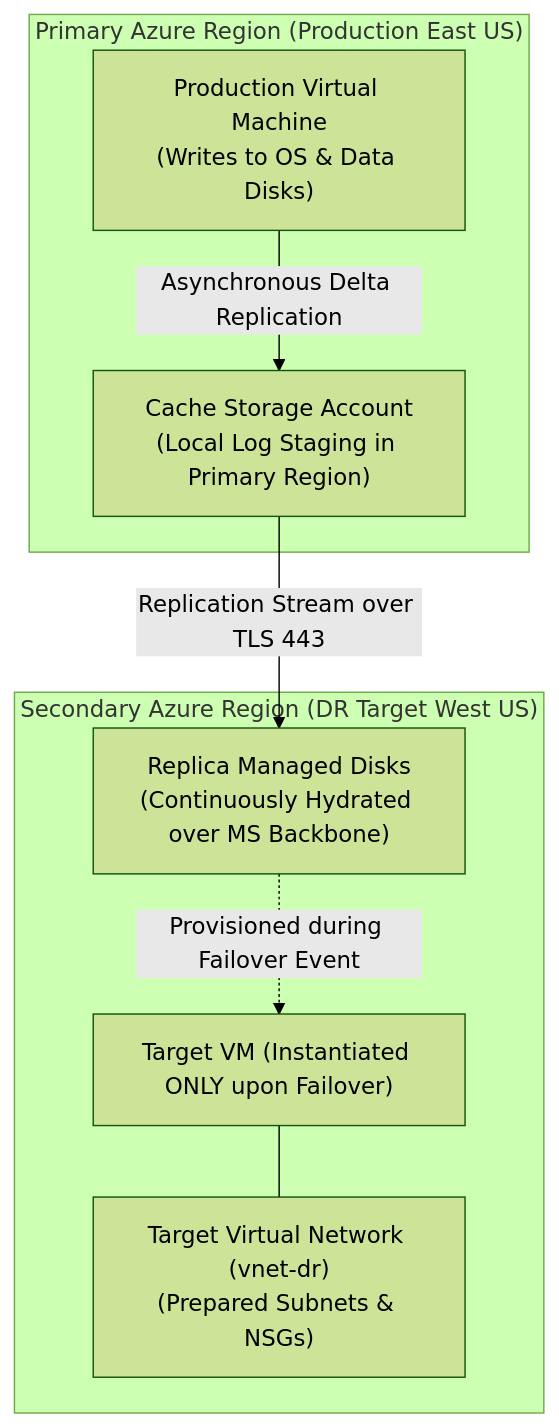
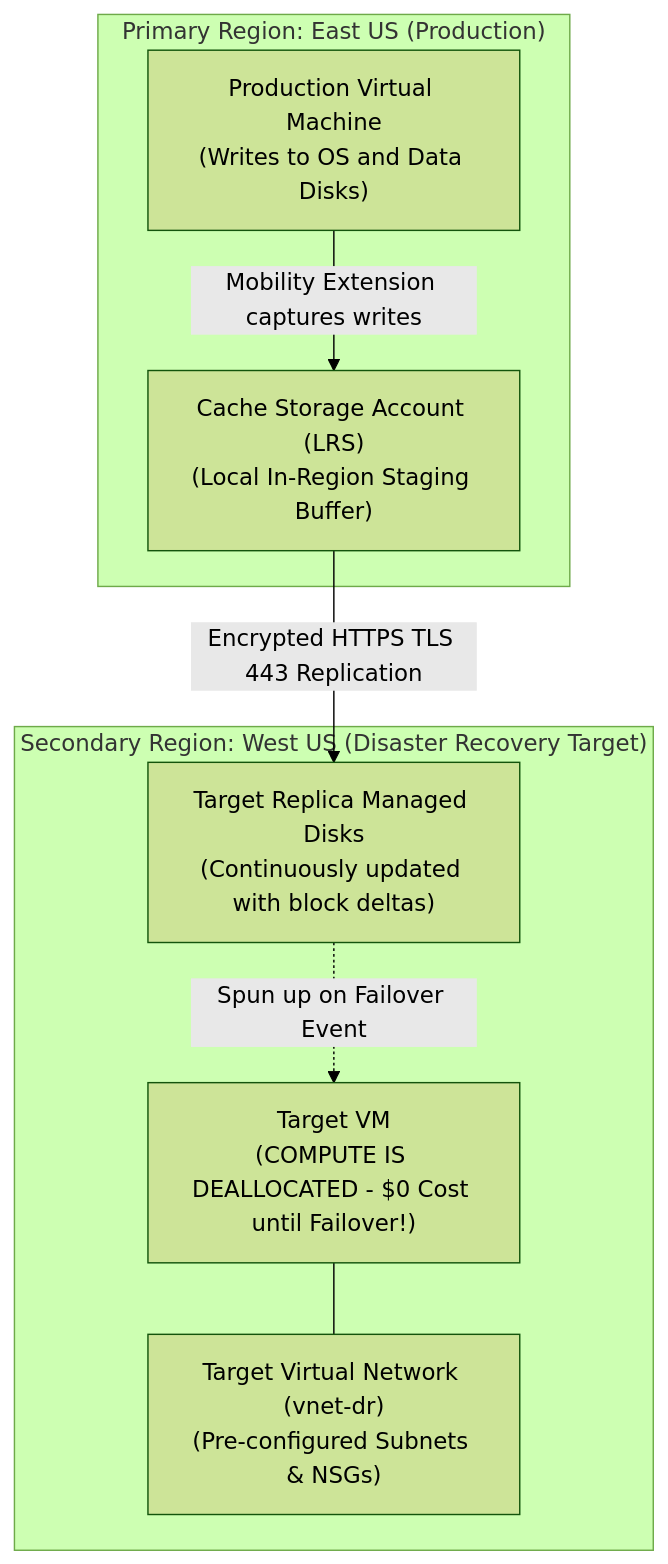
One commit to kmashour/BrainDump changed the second of 3 diagrams in Reference Notes/13-104-11_administer_data_protection.md. Above: the diagram before and after it, drawn with Mermaid (forest theme). The commit also changed other lines of this file and 13 other files, not shown here.

Commit message:
feat(az-104): re-architect complete 12-module curriculum into progressive masterclass lecture series with lab bridges

````diff
--- a/Reference Notes/13-104-11_administer_data_protection.md
+++ b/Reference Notes/13-104-11_administer_data_protection.md
@@ -170,18 +193,18 @@
 ```mermaid
 flowchart TD
-    subgraph PrimaryRegion ["Primary Azure Region (Production East US)"]
-        SourceVM["Production Virtual Machine\n(Writes to OS & Data Disks)"]
-        CacheStorage["Cache Storage Account\n(Local Log Staging in Primary Region)"]
+    subgraph PrimaryRegion ["Primary Region: East US (Production)"]
+        SourceVM["Production Virtual Machine\n(Writes to OS and Data Disks)"]
+        CacheStore["Cache Storage Account (LRS)\n(Local In-Region Staging Buffer)"]
     end
 
-    subgraph SecondaryRegion ["Secondary Azure Region (DR Target West US)"]
-        TargetReplica["Replica Managed Disks\n(Continuously Hydrated over MS Backbone)"]
-        TargetVNet["Target Virtual Network (vnet-dr)\n(Prepared Subnets & NSGs)"]
-        TargetVM["Target VM (Instantiated ONLY upon Failover)"]
+    subgraph SecondaryRegion ["Secondary Region: West US (Disaster Recovery Target)"]
+        ReplicaDisks["Target Replica Managed Disks\n(Continuously updated with block deltas)"]
+        TargetVNet["Target Virtual Network (vnet-dr)\n(Pre-configured Subnets & NSGs)"]
+        StandbyVM["Target VM\n(COMPUTE IS DEALLOCATED - $0 Cost until Failover!)"]
     end
 
-    SourceVM -->|Asynchronous Delta Replication| CacheStorage
-    CacheStorage -->|Replication Stream over TLS 443| TargetReplica
-    TargetReplica -.->|Provisioned during Failover Event| TargetVM
-    TargetVM --- TargetVNet
+    SourceVM -->|Mobility Extension captures writes| CacheStore
+    CacheStore -->|Encrypted HTTPS TLS 443 Replication| ReplicaDisks
+    ReplicaDisks -.->|Spun up on Failover Event| StandbyVM
+    StandbyVM --- TargetVNet
 ```
````
